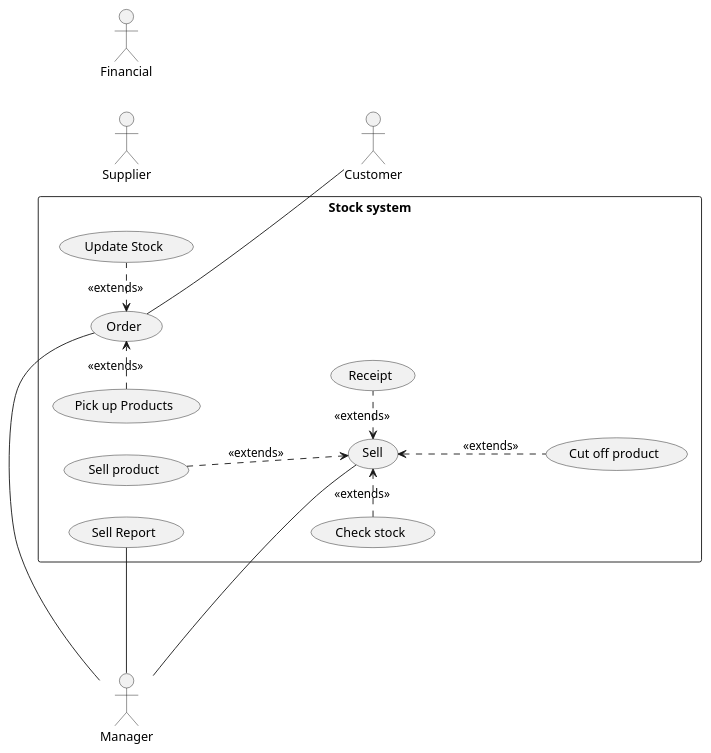
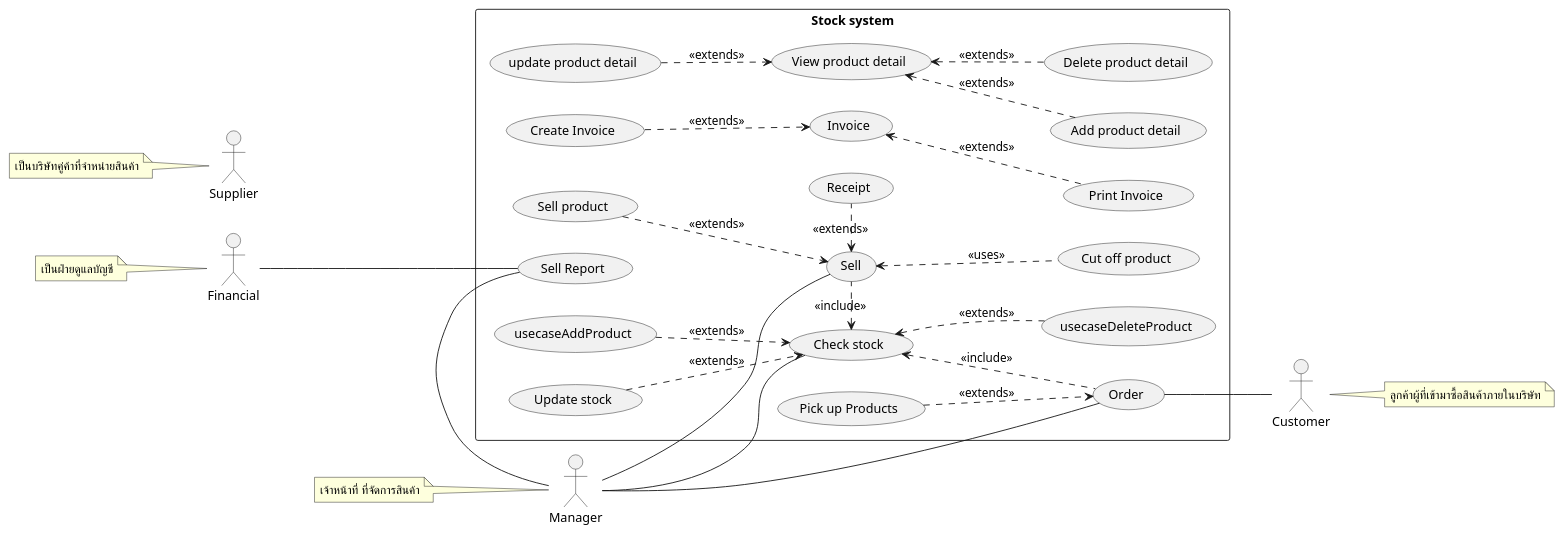
Before and after one commit to billowdev/inventory-system-plantuml-sequelize-seeder-example: the diagram in system-analysis/usecase-diagram.puml, drawn with PlantUML. The commit also changed 5 other files, not shown here.

```diff
--- a/system-analysis/usecase-diagram.puml
+++ b/system-analysis/usecase-diagram.puml
@@ -1,86 +1,121 @@
 @startuml
 'https://plantuml.com/sequence-diagram
 left to right direction
+
 ' =================== Customer ===================
 ' role - ผู้ที่เข้ามาเพื่อซื้อสินค้าภายในบริษัท
 ' duty - ทำให้เกิดการซื้อขายสินค้า
 actor Customer as actorCustomer
-
+note right of actorCustomer : ลูกค้าผู้ที่เข้ามาซื้อสินค้าภายในบริษัท
 ' =================== Manager ===================
 ' role - เจ้าหน้าที่ ที่จัดการสินค้า ให้คงคลังสินค้าอยู่เสมอ
 ' duty - บริหารจัดการ stock สินค้า ทั้งการจำหน่ายออก และการรับสินค้ารวมถึงการ
 ' ออกใบสั่งของ การเช็คสินค้าและการทำรายงานต่างๆ
 actor Manager as actorManager
-
+note left of actorManager : เจ้าหน้าที่ ที่จัดการสินค้า
 ' =================== Supplier ===================
 ' role - เป็นบริษัทคู่ค้าที่จำหน่ายสินค้าหรือวัตถุดิบให้กับบริษัท
 ' duty - ขายและจัดส่งสินค้าตามใบสั่งของ
 actor Supplier as actorSupplier
-
+note left of actorSupplier : เป็นบริษัทคู่ค้าที่จำหน่ายสินค้า
 ' =================== Financial ===================
 ' role - เป็นฝ่ายดูแลบัญชีและการเงินของบริษัท
 ' duty - รับข้อมูลการซื้อและขายสินค้า
 actor Financial as actorFinancial
+note left of actorFinancial : เป็นฝ่ายดูแลบัญชี
 
 ' =================== Stock System ===================
-rectangle "Stock system" {
+rectangle "Stock system" as stockSystem {
+
 ' ================ Selling ================
     ' กระบวนการขายสินค้า
     usecase (Sell) as (usecaseSell)
 '    การขายสินค้า
     usecase (Sell product) as (usecaseSellProduct)
 '    การตรวจสอบยอดสินค้า
-    usecase (Check stock) as (usecaseCheckStock)
+
 '    ตัดยอดสอนค้า
     usecase (Cut off product) as (usecaseCutOffProduct)
 '    ออกใบเสร็จ
     usecase (Receipt) as (usecaseReceipt)
 
 ' ================ Ordering ================
 '    การสั่งซื้อสินค้า
     usecase (Order) as (usecaseOrder)
 '    การลงรับสินค้า
     usecase (Pick up Products) as (usecasePickUpProduct)
 '    ปรับปรุงยอดสินค้า
-    usecase (Update Stock) as (usecaseUpdateStock)
 
+
+' ================ Product ================
+'    การสั่งซื้อสินค้า
+    usecase (View product detail) as (usecaseProductDetail)
+    usecase (Add product detail) as (usecaseAddProductDetail)
+    usecase (update product detail) as (usecaseUpdateProductDetail)
+    usecase (Delete product detail) as (usecaseDeleteProductDetail)
+
+    usecase (Check stock) as (usecaseCheckStock)
+    usecase (Update stock) as (usecaseUpdateStock)
+
+        (usecaseProductDetail) <.. (usecaseAddProductDetail)  : <<extends>>
+       (usecaseUpdateProductDetail) ..> (usecaseProductDetail) : <<extends>>
+        (usecaseProductDetail) <.. (usecaseDeleteProductDetail)  : <<extends>>
 
 ' ================ Reporting ================
 '   การทำรายงาน
     usecase (Sell Report) as (usecaseSellReport)
+
+' ================ Invoice ================
+'   คลัง
+    usecase (Invoice) as (usecaseInvoice)
+    usecase (Create Invoice) as (usecaseCreateInvoice)
+    usecase (Print Invoice) as (usecasePrintInvoice)
+
 
 
 '    ===================== Associate Flow =====================
 
 '    ================ actor - usecase Flow ================
 '   ความสัมพันธ์ระหว่าง actor และ usecase ในส่วนของการขาย
     actorManager -- (usecaseSell)
 
 '  ===  ความสัมพันธ์ระหว่าง actor และ usecase ในส่วนของการสั่งซื้อสินค้า ===
     actorManager -left- (usecaseOrder)
     (usecaseOrder) -- actorCustomer
 
 '  ===  ความสัมพันธ์ระหว่าง actor และ usecase ในส่วนของการสออกรายงาน ===
     actorManager --- (usecaseSellReport)
+    actorFinancial --- (usecaseSellReport)
+
+    actorManager -- (usecaseCheckStock)
 
 '    ================ usecase - usecase Flow ================
 
 '    การขายสินค้า เป็นส่วนหนึ่งของกระบวนการขายสินค้า
     (usecaseSellProduct) ..> (usecaseSell) : <<extends>>
 '    ตรวจสอบยอดสินค้า เป็นส่วนหนึ่งของกระบวนการขายสินค้า
-    (usecaseCheckStock) .right.> (usecaseSell) : <<extends>>
+    (usecaseCheckStock) <.right. (usecaseSell) : <<include>>
     '    การตัดยอดสินค้า เป็นส่วนหนึ่งของกระบวนการขายสินค้า
-    (usecaseSell) <.. (usecaseCutOffProduct)  : <<extends>>
+    (usecaseSell) <.. (usecaseCutOffProduct)  : <<uses>>
 
 '   การออกใบเสร็จ เป็นส่วนหนึ่งของกระบวนการขายสินค้า
     (usecaseReceipt) .left.> (usecaseSell) : <<extends>>
 
 
 '   การลงรับสินค้า เป็นส่วนหนึ่งของกระบวนการสั่งซื้อสินค้า
-    (usecasePickUpProduct) .right.> (usecaseOrder) : <<extends>>
+    (usecasePickUpProduct) ..> (usecaseOrder) : <<extends>>
 
 '   การปรับปรุงยอดสินค้า เป็นส่วนหนึ่งของกระบวนการสั่งซื้อสินค้า
-   (usecaseUpdateStock) .left.> (usecaseOrder) : <<extends>>
+   (usecaseCheckStock) <.. (usecaseOrder) : <<include>>
+
+' ================ Product ================
+    (usecaseAddProduct) ..> (usecaseCheckStock) : <<extends>>
+    (usecaseUpdateStock) ..> (usecaseCheckStock) : <<extends>>
+    (usecaseCheckStock) <.. (usecaseDeleteProduct) : <<extends>>
+
+ ' ================ Invoice ================
+    (usecaseCreateInvoice) ..> (usecaseInvoice) : <<extends>>
+    (usecaseInvoice)  <..   (usecasePrintInvoice): <<extends>>
  }
 
 @enduml
```
